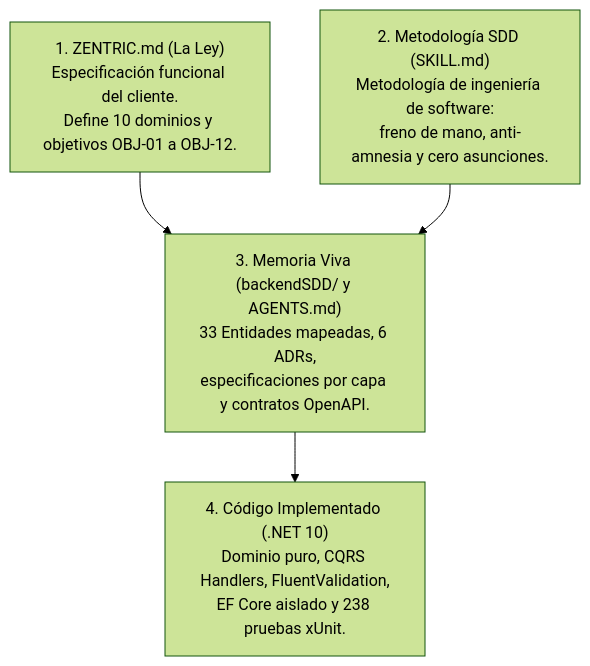
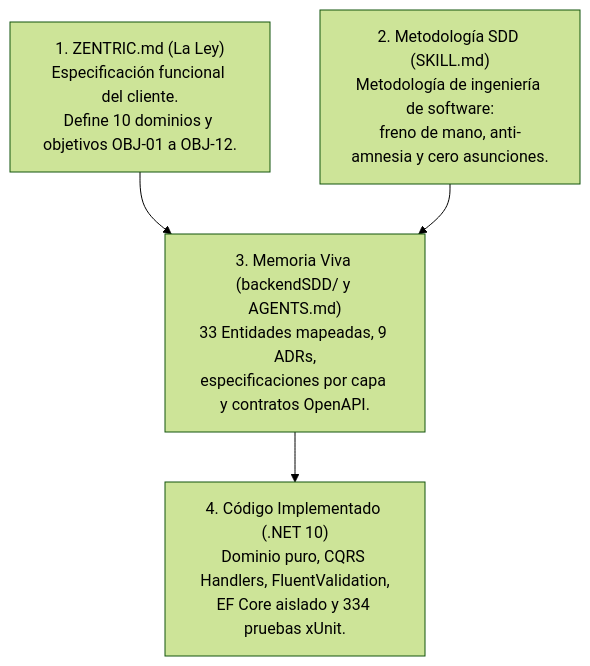
One commit to D-MachadoDev/Zentric changed the first of 3 diagrams in README.md. Above: the diagram before and after it, drawn with Mermaid (forest theme). The commit also changed other lines of this file and 46 other files, not shown here.

````diff
--- a/README.md
+++ b/README.md
@@ -70,11 +70,11 @@
 ```mermaid
 flowchart TD
     B1["1. ZENTRIC.md (La Ley)<br/>Especificación funcional del cliente.<br/>Define 10 dominios y objetivos OBJ-01 a OBJ-12."]
     B2["2. Metodología SDD (SKILL.md)<br/>Metodología de ingeniería de software:<br/>freno de mano, anti-amnesia y cero asunciones."]
-    SSOT["3. Memoria Viva (backendSDD/ y AGENTS.md)<br/>33 Entidades mapeadas, 6 ADRs,<br/>especificaciones por capa y contratos OpenAPI."]
-    CODE["4. Código Implementado (.NET 10)<br/>Dominio puro, CQRS Handlers, FluentValidation,<br/>EF Core aislado y 238 pruebas xUnit."]
+    SSOT["3. Memoria Viva (backendSDD/ y AGENTS.md)<br/>33 Entidades mapeadas, 9 ADRs,<br/>especificaciones por capa y contratos OpenAPI."]
+    CODE["4. Código Implementado (.NET 10)<br/>Dominio puro, CQRS Handlers, FluentValidation,<br/>EF Core aislado y 334 pruebas xUnit."]
 
     B1 --> SSOT
     B2 --> SSOT
     SSOT --> CODE
 ```
````
